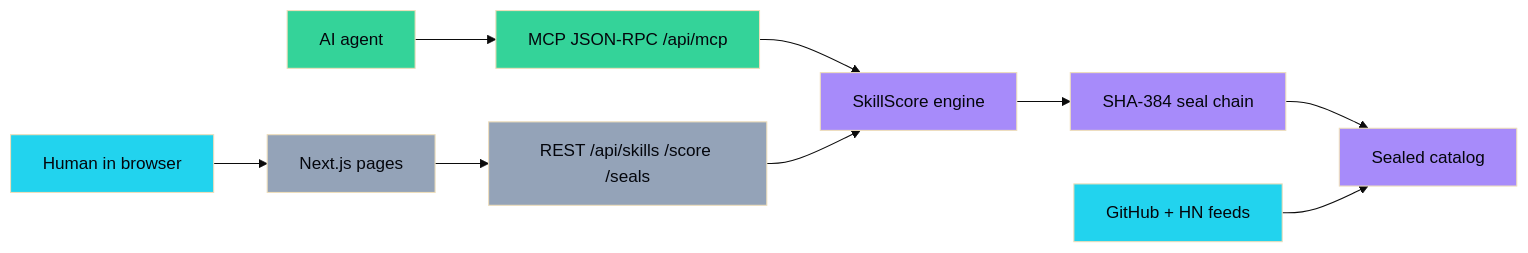
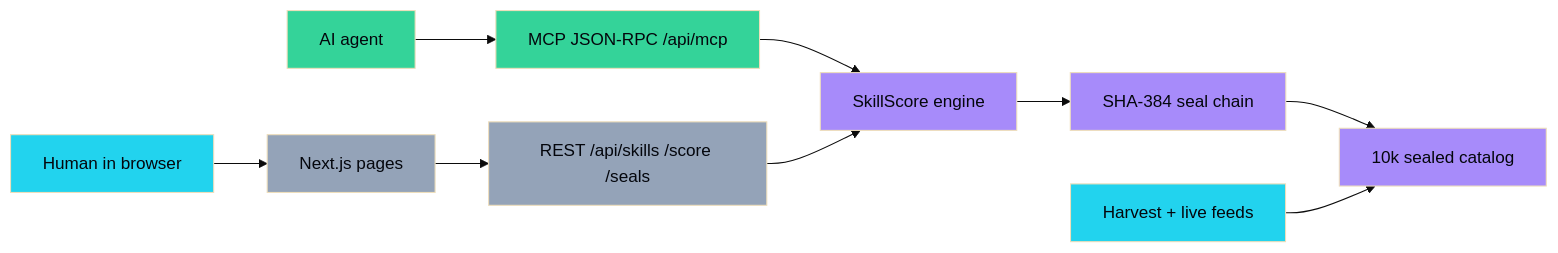
One commit to aniruddhaadak80/skillforge changed the first of 10 diagrams in README.md. Above: the diagram before and after it, drawn with Mermaid (base theme). The commit also changed other lines of this file and 37 other files, not shown here.

````diff
--- a/README.md
+++ b/README.md
@@ -37,19 +41,19 @@
 ```mermaid
 flowchart LR
     H[Human in browser] --> UI[Next.js pages]
     A[AI agent] --> MCP[MCP JSON-RPC /api/mcp]
     UI --> REST[REST /api/skills /score /seals]
     MCP --> ENG[SkillScore engine]
     REST --> ENG
     ENG --> SEAL[SHA-384 seal chain]
-    SEAL --> CAT[Sealed catalog]
-    FEED[GitHub + HN feeds] --> CAT
+    SEAL --> CAT[10k sealed catalog]
+    FEED[Harvest + live feeds] --> CAT
     classDef live fill:#22d3ee,color:#04060c;
     classDef ai fill:#a78bfa,color:#04060c;
     classDef agent fill:#34d399,color:#04060c;
     classDef infra fill:#94a3b8,color:#04060c;
     class H,FEED live;
     class UI,REST infra;
     class ENG,SEAL,CAT ai;
     class A,MCP agent;
 ```
````
